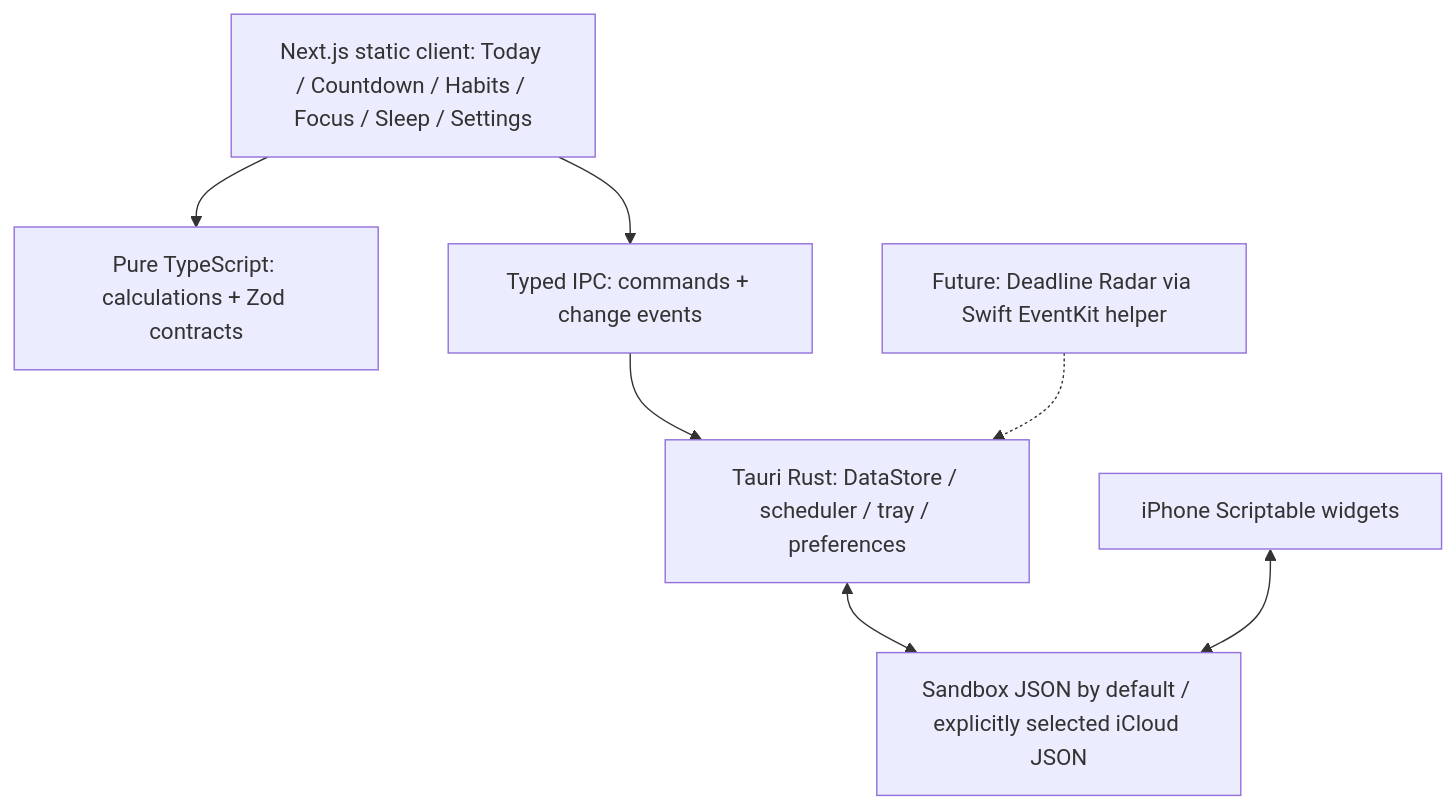
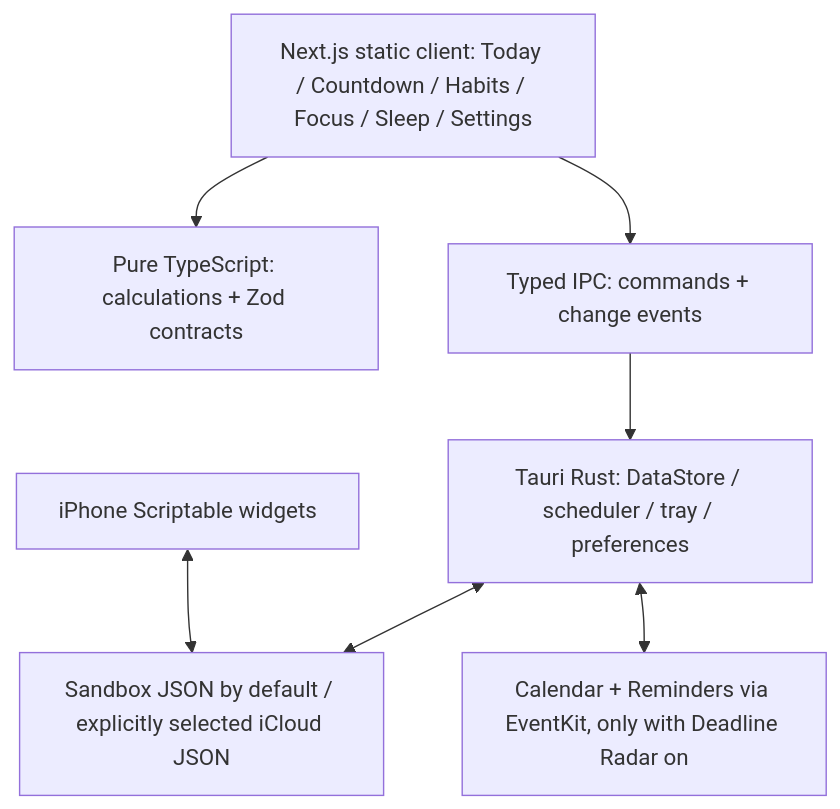
Before and after one commit to xolah88457/daybar: the diagram in README.md, drawn with Mermaid. The commit also changed other lines of this file and 7 other files, not shown here.

````diff
--- a/README.md
+++ b/README.md
@@ -48,10 +70,10 @@
 ```mermaid
 flowchart TD
   UI[Next.js static client: Today / Countdown / Habits / Focus / Sleep / Settings]
   UI --> Core[Pure TypeScript: calculations + Zod contracts]
   UI --> IPC[Typed IPC: commands + change events]
   IPC --> Rust[Tauri Rust: DataStore / scheduler / tray / preferences]
   Rust <--> Files[Sandbox JSON by default / explicitly selected iCloud JSON]
   Phone[iPhone Scriptable widgets] <--> Files
-  Radar[Future: Deadline Radar via Swift EventKit helper] -.-> Rust
+  Rust <--> EventKit[Calendar + Reminders via EventKit, only with Deadline Radar on]
 ```
````
